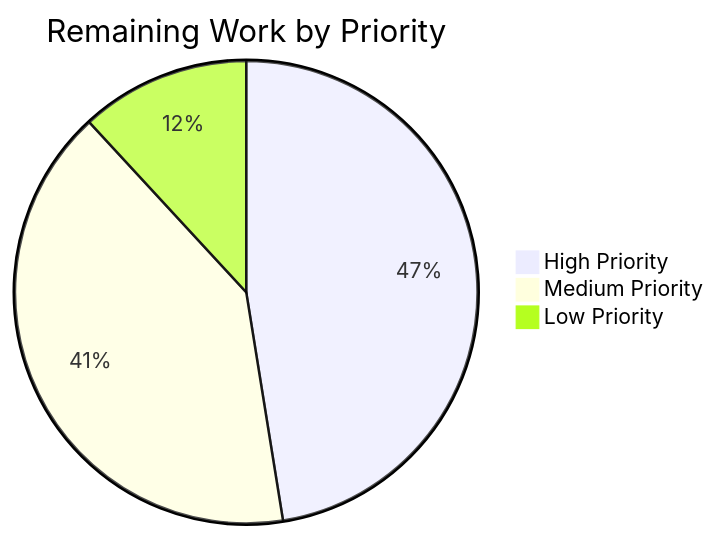
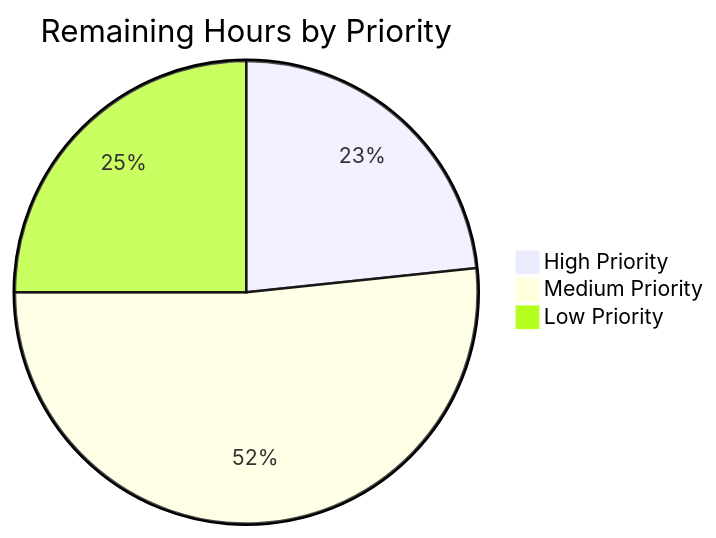
One commit to Blitzy-Sandbox/blitzy-cal changed the third of 3 diagrams in blitzy/documentation/Project Guide.md. Above: the diagram before and after it, drawn with Mermaid. The commit also changed other lines of this file, not shown here.

Commit message:
Adding Blitzy Project Guide: Project Status and Human Tasks Remaining

````diff
--- a/blitzy/documentation/Project Guide.md
+++ b/blitzy/documentation/Project Guide.md
@@ -256,6 +243,6 @@
 ```mermaid
-pie title Remaining Work by Priority
-    "High Priority" : 14
-    "Medium Priority" : 12
-    "Low Priority" : 3.5
+pie title Remaining Hours by Priority
+    "High Priority" : 7
+    "Medium Priority" : 15.5
+    "Low Priority" : 7.5
 ```
````
